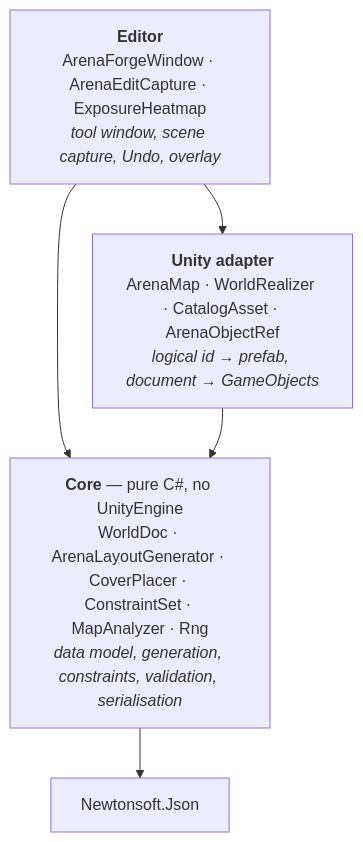
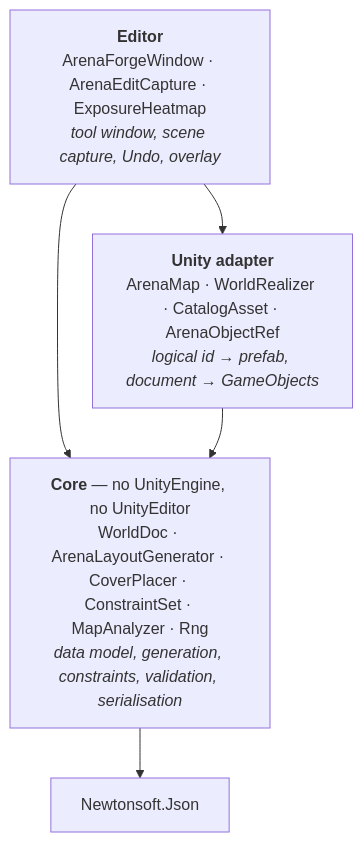
Before and after one commit to pinchasVaknin/ArenaForge: the diagram in README.md, drawn with Mermaid. The commit also changed 2 other files, not shown here.

Commit message:
Recover from a cached failed import of the window's markup
Installing from a git URL, Unity begins importing the package's assets before
the extraction into Library/PackageCache has finished writing them. Several
files fail with DirectoryNotFoundException — including nunit.framework.dll
from Unity's own test-framework package, so this is not specific to ours —
and the failure is cached as the asset's artifact. Nothing changes the file
afterwards, so the import is never retried and the asset stays null for the
life of the project: the tool window opens empty and no amount of reopening
it helps.

ArenaForgeWindow.LoadAsset now imports on demand when the first load comes
back null, which turns that into a slightly slower first open. A path that is
simply wrong still returns null, so this recovers from a race without hiding
a mistake. EditorWindowAssetTests loads through the same helper, so the test
asserts the path the window actually takes.

Found by the test added in the previous commit, on the second git-URL install.

242 tests green.

````diff
--- a/README.md
+++ b/README.md
@@ -34,12 +34,12 @@
 ```mermaid
 flowchart TD
     E["<b>Editor</b><br/>ArenaForgeWindow · ArenaEditCapture · ExposureHeatmap<br/><i>tool window, scene capture, Undo, overlay</i>"]
     U["<b>Unity adapter</b><br/>ArenaMap · WorldRealizer · CatalogAsset · ArenaObjectRef<br/><i>logical id → prefab, document → GameObjects</i>"]
-    C["<b>Core</b> — pure C#, no UnityEngine<br/>WorldDoc · ArenaLayoutGenerator · CoverPlacer · ConstraintSet · MapAnalyzer · Rng<br/><i>data model, generation, constraints, validation, serialisation</i>"]
+    C["<b>Core</b> — no UnityEngine, no UnityEditor<br/>WorldDoc · ArenaLayoutGenerator · CoverPlacer · ConstraintSet · MapAnalyzer · Rng<br/><i>data model, generation, constraints, validation, serialisation</i>"]
     N["Newtonsoft.Json"]
 
     E --> U
     E --> C
     U --> C
     C --> N
 ```
````
